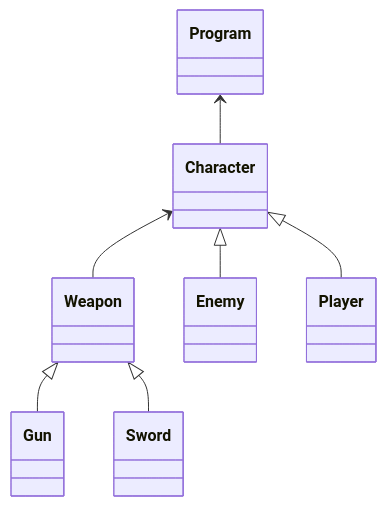
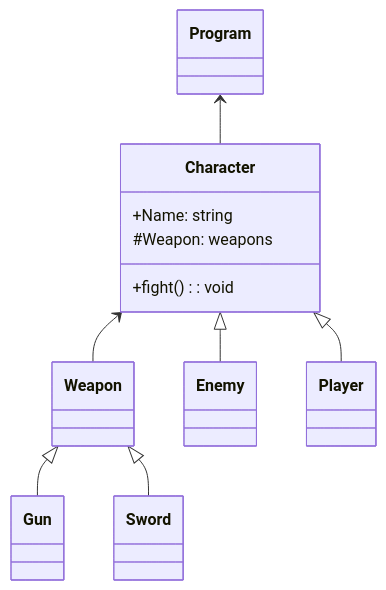
The diagram in README.md (FabioRibeiro404/LP1Semana07), drawn with Mermaid before and after one commit.

Commit message:
Add Character class

````diff
--- a/README.md
+++ b/README.md
@@ -2,16 +2,26 @@
 ```mermaid
 
 classDiagram
 
 Program <-- Character
 Character <-- Weapon
 
 Character <|-- Enemy
 Character <|-- Player
 
 Weapon <|-- Gun
 Weapon <|-- Sword
 
+class Program{
+      
+}
+
+class Character{
+  +Name: string
+  #Weapon: weapons
+  +fight(): void
+
+}
 
 
 ```
````
